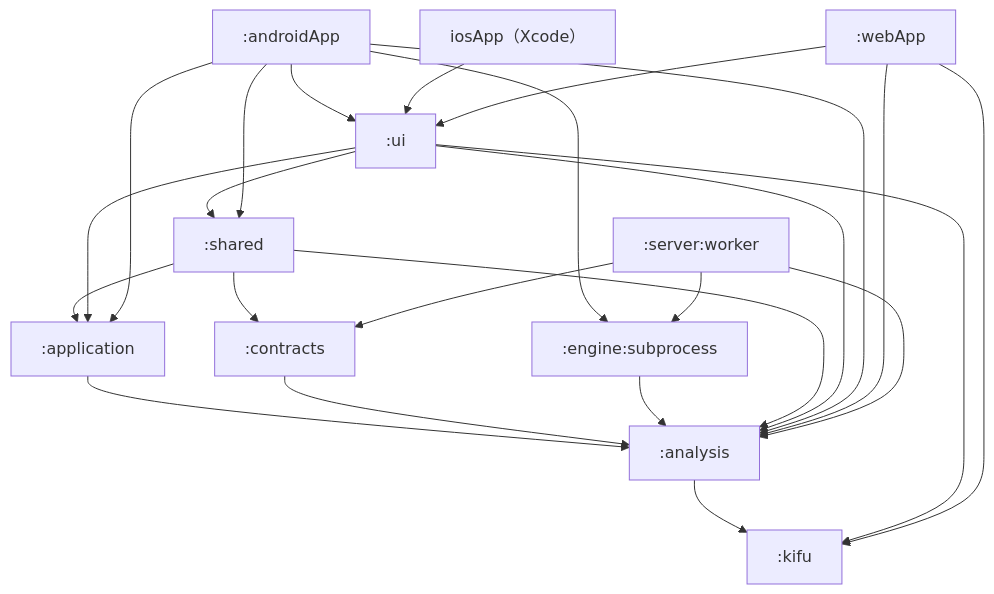
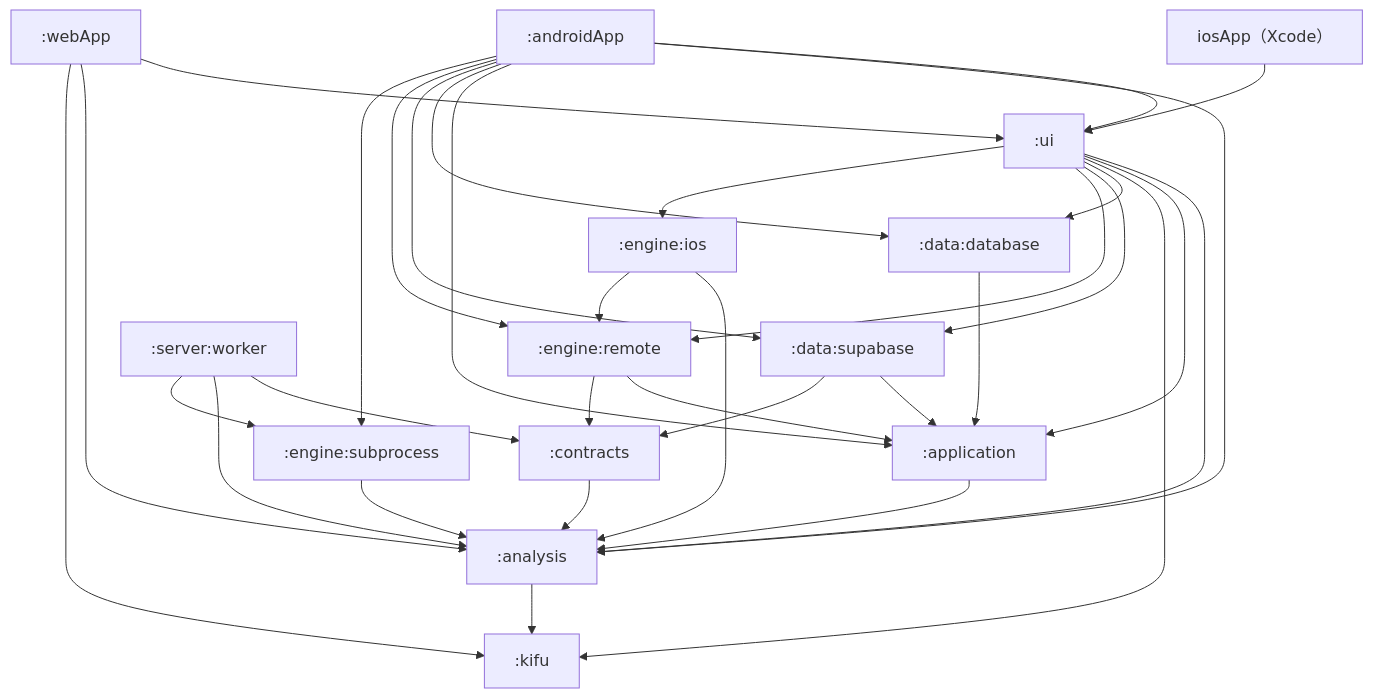
Before and after one commit to hmiyado/shogi-supplement: the diagram in docs/app-architecture.md, drawn with Mermaid. The commit also changed other lines of this file and 98 other files, not shown here.

````diff
--- a/docs/app-architecture.md
+++ b/docs/app-architecture.md
@@ -9,38 +9,50 @@
 ```mermaid
 flowchart TD
     kifu[":kifu"]
     analysis[":analysis"]
     application[":application"]
     contracts[":contracts"]
+    database[":data:database"]
+    supabase[":data:supabase"]
+    engineIos[":engine:ios"]
+    engineRemote[":engine:remote"]
     subprocess[":engine:subprocess"]
-    shared[":shared"]
     ui[":ui"]
     android[":androidApp"]
     ios["iosApp（Xcode）"]
     web[":webApp"]
     worker[":server:worker"]
 
     analysis --> kifu
     application --> analysis
     contracts --> analysis
+    database --> application
+    supabase --> application
+    supabase --> contracts
+    engineRemote --> application
+    engineRemote --> contracts
+    engineIos --> analysis
+    engineIos --> engineRemote
     subprocess --> analysis
-    shared --> analysis
-    shared --> application
-    shared --> contracts
     ui --> analysis
     ui --> application
     ui --> kifu
-    ui --> shared
+    ui --> database
+    ui --> supabase
+    ui --> engineRemote
+    ui --> engineIos
     android --> ui
     android --> analysis
     android --> application
-    android --> shared
+    android --> database
+    android --> supabase
+    android --> engineRemote
     android --> subprocess
     ios --> ui
     web --> ui
     web --> analysis
     web --> kifu
     worker --> contracts
     worker --> analysis
     worker --> subprocess
 ```
````
